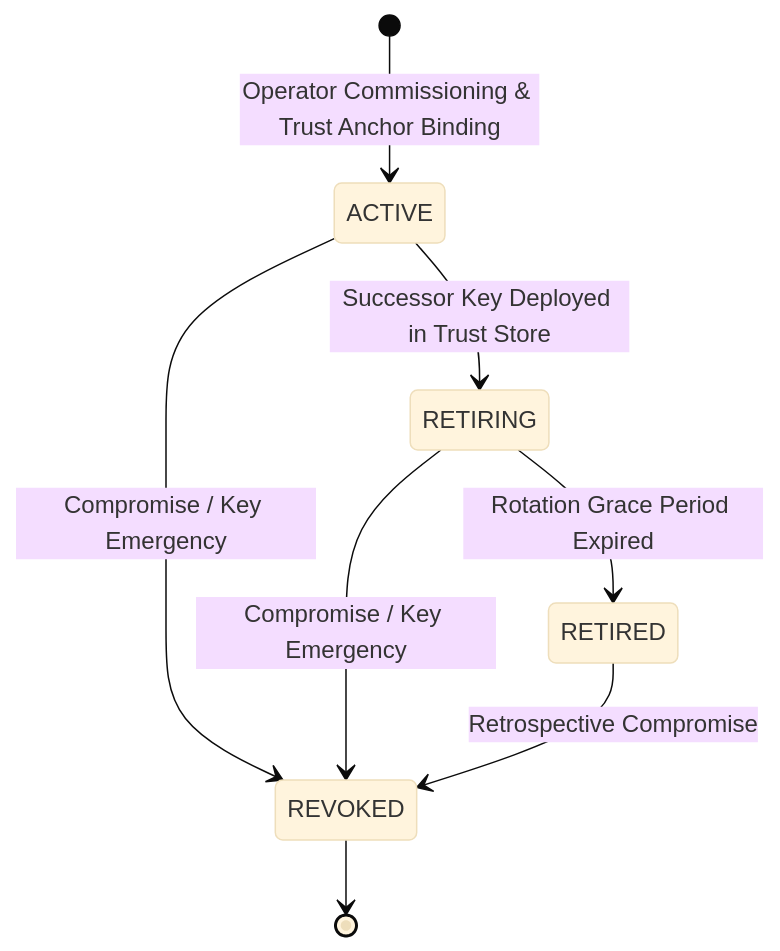
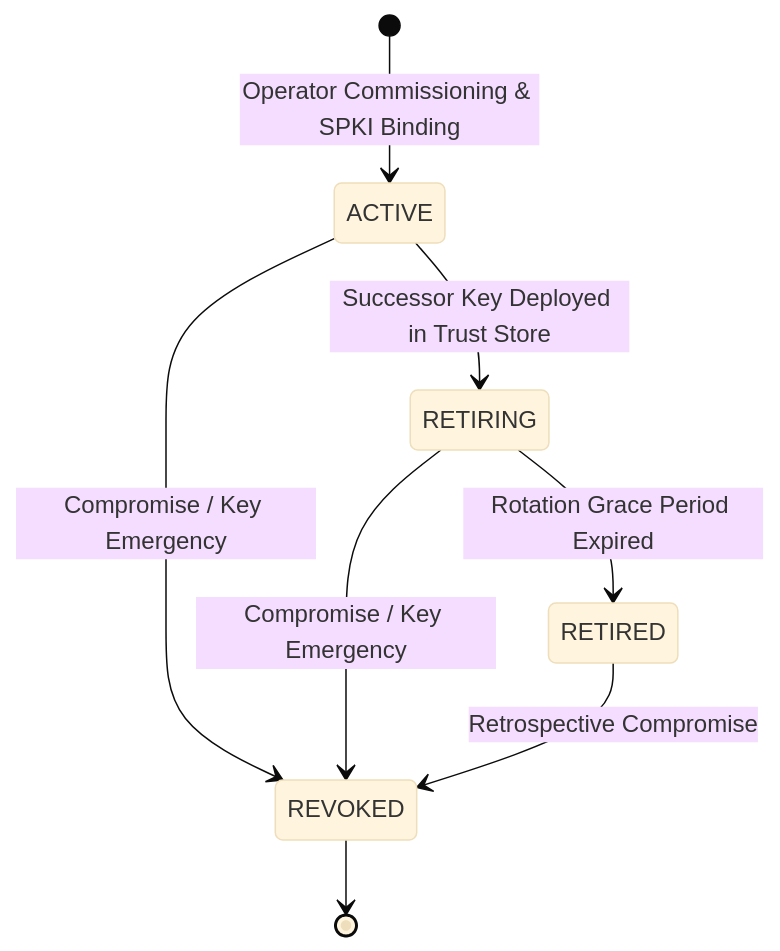
One commit to hoangclinh/cybrik-suite changed the second of 3 diagrams in contracts/lifecycle/CYBRIK-OFFLINE-INSTALL-UPDATE-V1-SPECIFICATION.md. Above: the diagram before and after it, drawn with Mermaid (base theme). The commit also changed other lines of this file and 8 other files, not shown here.

````diff
--- a/contracts/lifecycle/CYBRIK-OFFLINE-INSTALL-UPDATE-V1-SPECIFICATION.md
+++ b/contracts/lifecycle/CYBRIK-OFFLINE-INSTALL-UPDATE-V1-SPECIFICATION.md
@@ -177,10 +195,10 @@
 ```mermaid
 stateDiagram-v2
-    [*] --> ACTIVE: Operator Commissioning & Trust Anchor Binding
+    [*] --> ACTIVE: Operator Commissioning & SPKI Binding
     ACTIVE --> RETIRING: Successor Key Deployed in Trust Store
     RETIRING --> RETIRED: Rotation Grace Period Expired
     ACTIVE --> REVOKED: Compromise / Key Emergency
     RETIRING --> REVOKED: Compromise / Key Emergency
     RETIRED --> REVOKED: Retrospective Compromise
     REVOKED --> [*]
 ```
````
